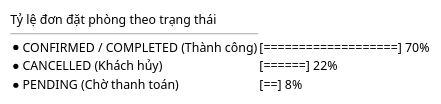
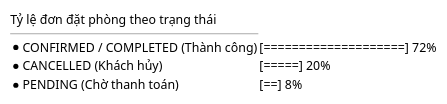
One commit to kienpham23/BuddingHotelStay-frontend changed diagram 26 of 29 in huong_dan_ve_bieu_do.md. Above: the diagram before and after it, drawn with PlantUML. The commit also changed other lines of this file and 3 other files, not shown here.

````diff
--- a/huong_dan_ve_bieu_do.md
+++ b/huong_dan_ve_bieu_do.md
@@ -1077,11 +1133,11 @@
 ```plantuml
 @startsalt
 {
   Tỷ lệ đơn đặt phòng theo trạng thái
   --
-  * CONFIRMED / COMPLETED (Thành công) | [===================] 70%
-  * CANCELLED (Khách hủy)             | [======] 22%
+  * CONFIRMED / COMPLETED (Thành công) | [====================] 72%
+  * CANCELLED (Khách hủy)             | [=====] 20%
   * PENDING (Chờ thanh toán)          | [==] 8%
 }
 @endsalt
 ```
````
